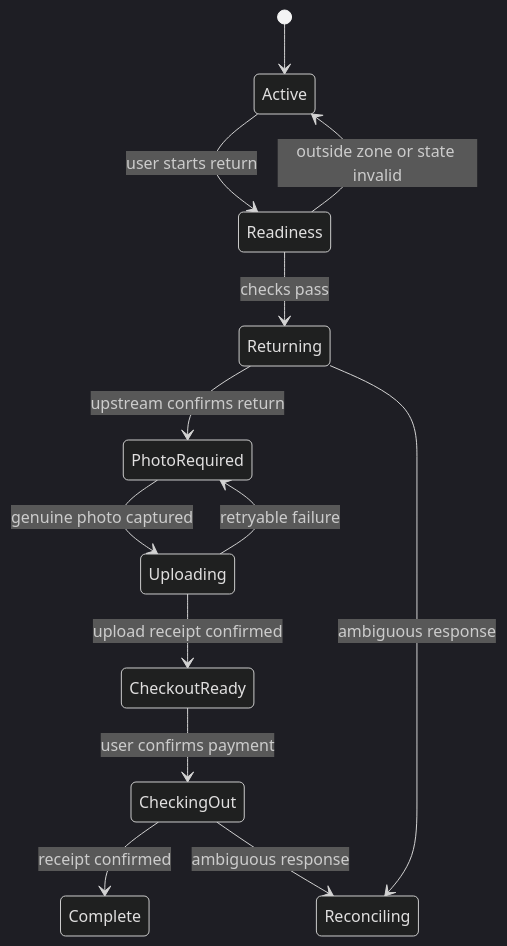
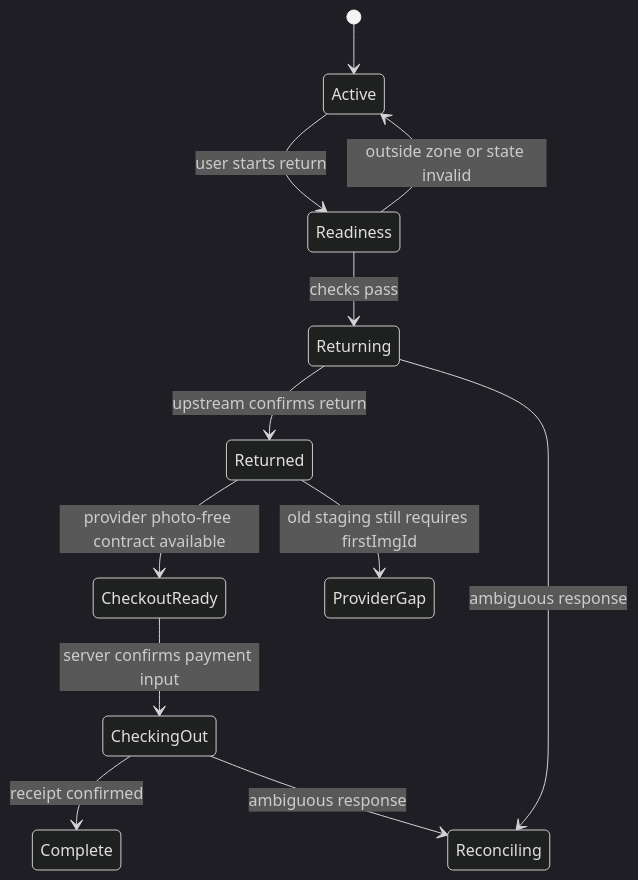
One commit to elvisdragonmao/olowo changed the second of 2 diagrams in docs/product/product-and-architecture.md. Above: the diagram before and after it, drawn with Mermaid (dark theme). The commit also changed other lines of this file and 21 other files, not shown here.

````diff
--- a/docs/product/product-and-architecture.md
+++ b/docs/product/product-and-architecture.md
@@ -195,15 +193,14 @@
 ```mermaid
 stateDiagram-v2
     [*] --> Active
     Active --> Readiness: user starts return
     Readiness --> Active: outside zone or state invalid
     Readiness --> Returning: checks pass
-    Returning --> PhotoRequired: upstream confirms return
+    Returning --> Returned: upstream confirms return
     Returning --> Reconciling: ambiguous response
-    PhotoRequired --> Uploading: genuine photo captured
-    Uploading --> PhotoRequired: retryable failure
-    Uploading --> CheckoutReady: upload receipt confirmed
-    CheckoutReady --> CheckingOut: user confirms payment
+    Returned --> CheckoutReady: provider photo-free contract available
+    Returned --> ProviderGap: old staging still requires firstImgId
+    CheckoutReady --> CheckingOut: server confirms payment input
     CheckingOut --> Complete: receipt confirmed
     CheckingOut --> Reconciling: ambiguous response
 ```
````
